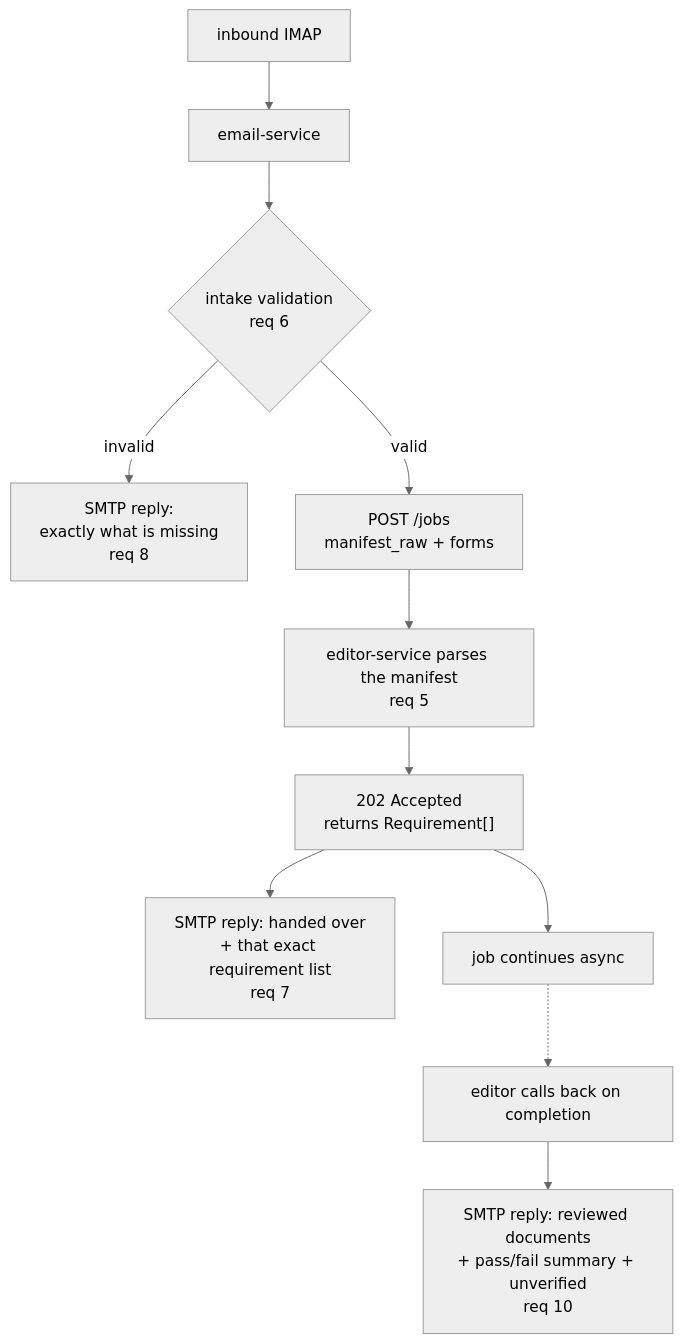
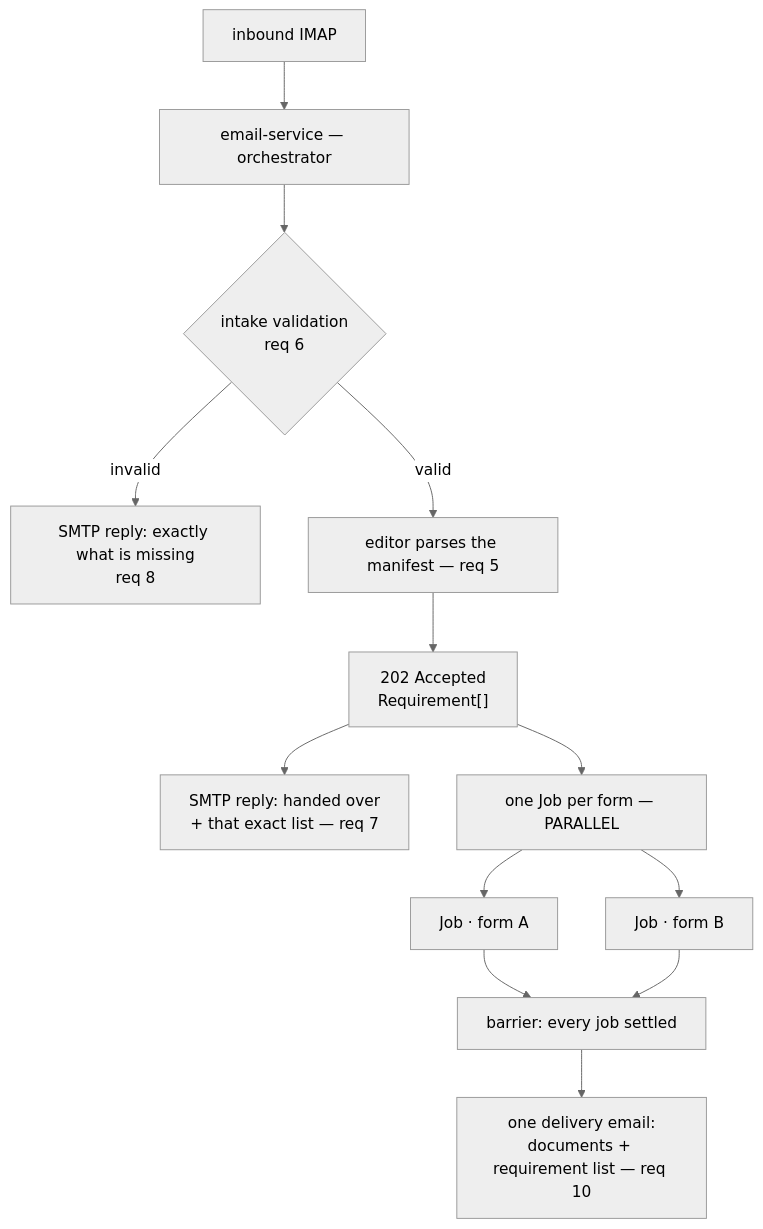
The first of 2 diagrams in docs/app-implementation-plan.md (jjfrackowiak/multimodal-form-filling), drawn with Mermaid (neutral theme) before and after one commit. The commit also changed other lines of this file and 2 other files, not shown here.

````diff
--- a/docs/app-implementation-plan.md
+++ b/docs/app-implementation-plan.md
@@ -33,13 +45,15 @@
 ```mermaid
 flowchart TD
-    IMAP["inbound IMAP"] --> ES["email-service"]
+    IMAP["inbound IMAP"] --> ES["email-service — orchestrator"]
     ES --> IV{"intake validation<br/>req 6"}
-    IV -->|invalid| BAD["SMTP reply:<br/>exactly what is missing<br/>req 8"]
-    IV -->|valid| JOB["POST /jobs<br/>manifest_raw + forms"]
-    JOB --> ED["editor-service parses the manifest<br/>req 5"]
-    ED --> ACC["202 Accepted<br/>returns Requirement[]"]
-    ACC --> ACK["SMTP reply: handed over<br/>+ that exact requirement list<br/>req 7"]
-    ACC --> RUN["job continues async"]
-    RUN -.-> CB["editor calls back on completion"]
-    CB --> DEL["SMTP reply: reviewed documents<br/>+ pass/fail summary + unverified<br/>req 10"]
+    IV -->|invalid| BAD["SMTP reply: exactly what is missing<br/>req 8"]
+    IV -->|valid| PARSE["editor parses the manifest — req 5"]
+    PARSE --> ACC["202 Accepted<br/>Requirement[]"]
+    ACC --> ACK["SMTP reply: handed over<br/>+ that exact list — req 7"]
+    ACC --> FAN["one Job per form — PARALLEL"]
+    FAN --> J1["Job · form A"]
+    FAN --> J2["Job · form B"]
+    J1 --> BAR["barrier: every job settled"]
+    J2 --> BAR
+    BAR --> DEL["one delivery email:<br/>documents + requirement list — req 10"]
 ```
````
